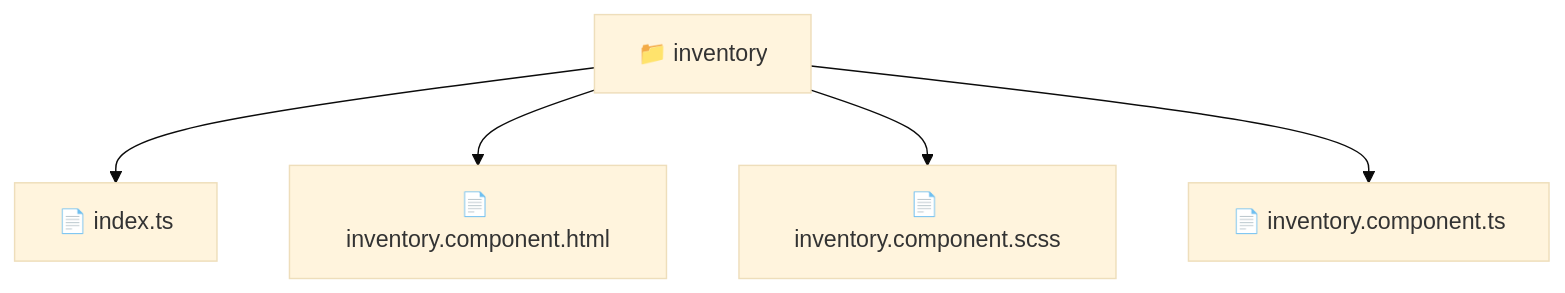
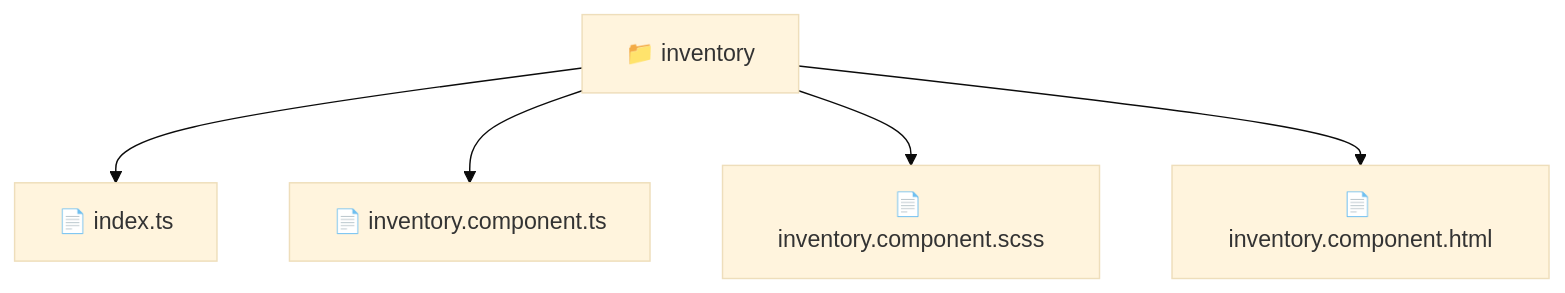
Before and after one commit to beginwebdev2002/fullstack-mavluda: the diagram in frontend/src/pages/inventory/README.md, drawn with Mermaid (base theme). The commit also changed other lines of this file and 164 other files, not shown here.

First line of the commit message:
docs: generate robust autonomous architectural documentation

````diff
--- a/frontend/src/pages/inventory/README.md
+++ b/frontend/src/pages/inventory/README.md
@@ -11,8 +11,8 @@
 ```mermaid
 graph TD
-  Root["📁 inventory"]
-  Root --> index_ts["📄 index.ts"]
-  Root --> inventory_component_html["📄 inventory.component.html"]
-  Root --> inventory_component_scss["📄 inventory.component.scss"]
-  Root --> inventory_component_ts["📄 inventory.component.ts"]
+    f_inventory["📁 inventory"]
+    f_inventory --> f_index_ts["📄 index.ts"]
+    f_inventory --> f_inventory_component_ts["📄 inventory.component.ts"]
+    f_inventory --> f_inventory_component_scss["📄 inventory.component.scss"]
+    f_inventory --> f_inventory_component_html["📄 inventory.component.html"]
 ```
````
